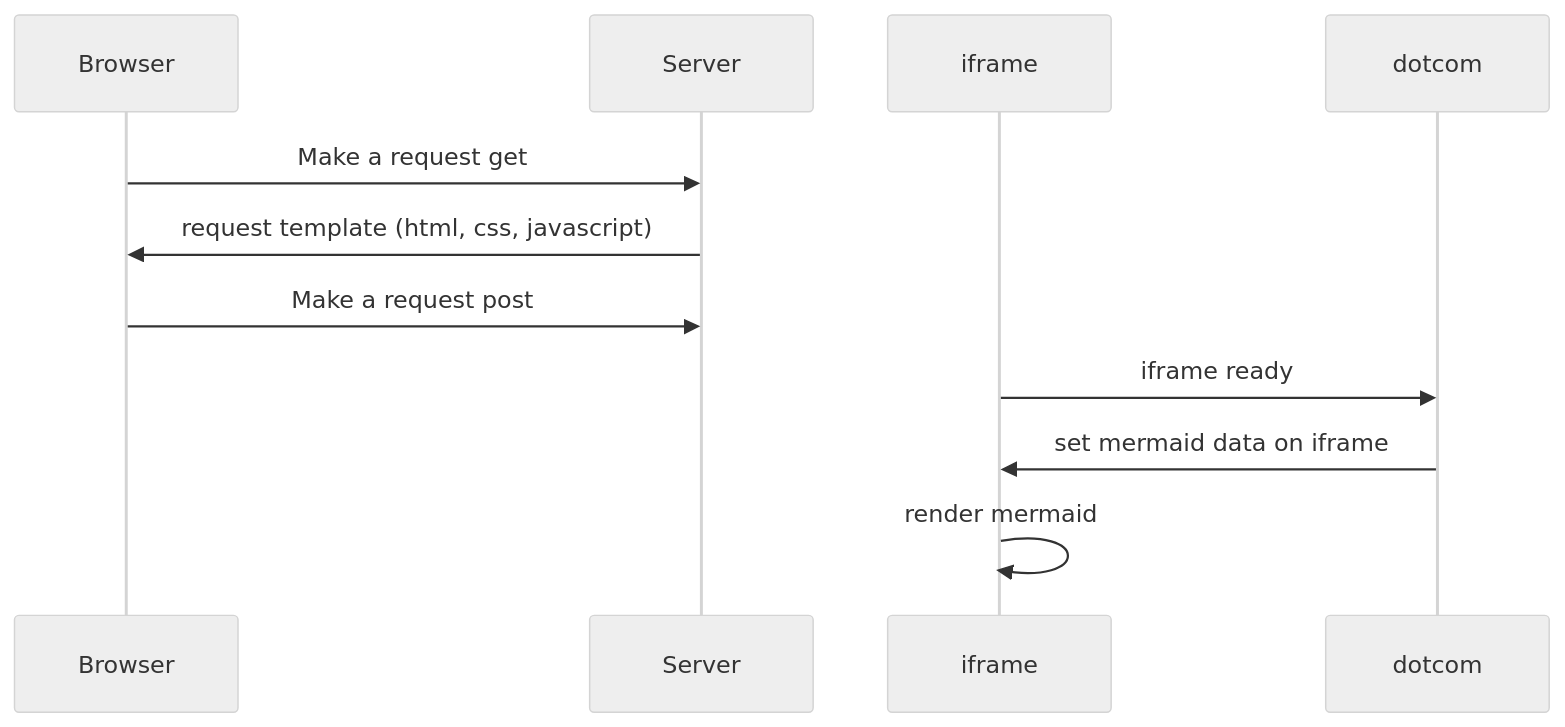
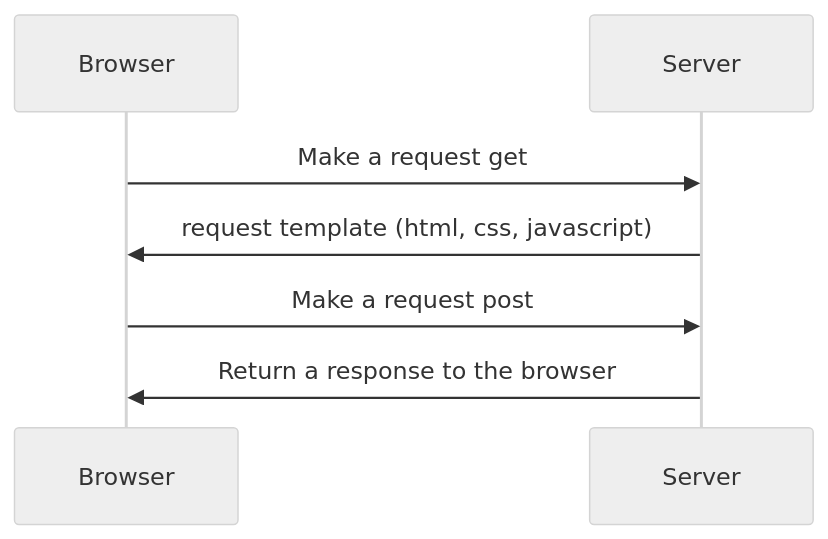
The diagram in README.md (JhonTheRipper89/SequenceDiagram), drawn with Mermaid (neutral theme) before and after one commit.

````diff
--- a/README.md
+++ b/README.md
@@ -2,11 +2,9 @@
 ```mermaid
 sequenceDiagram
     participant Browser
     participant Server
     Browser->>Server: Make a request get
     Server->>Browser: request template (html, css, javascript)
     Browser->>Server: Make a request post
-    iframe->>dotcom: iframe ready
-    dotcom->>iframe: set mermaid data on iframe
-    iframe->>iframe: render mermaid
+    Server->>Browser: Return a response to the browser
 ```
````
